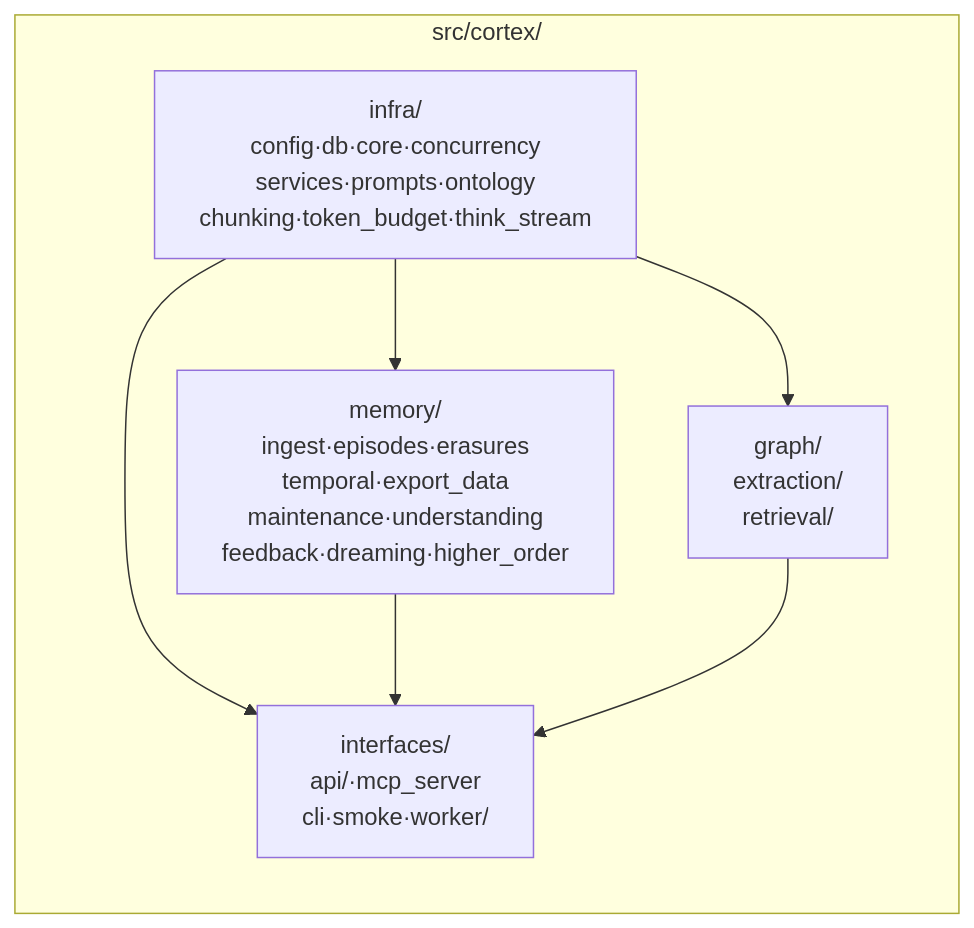
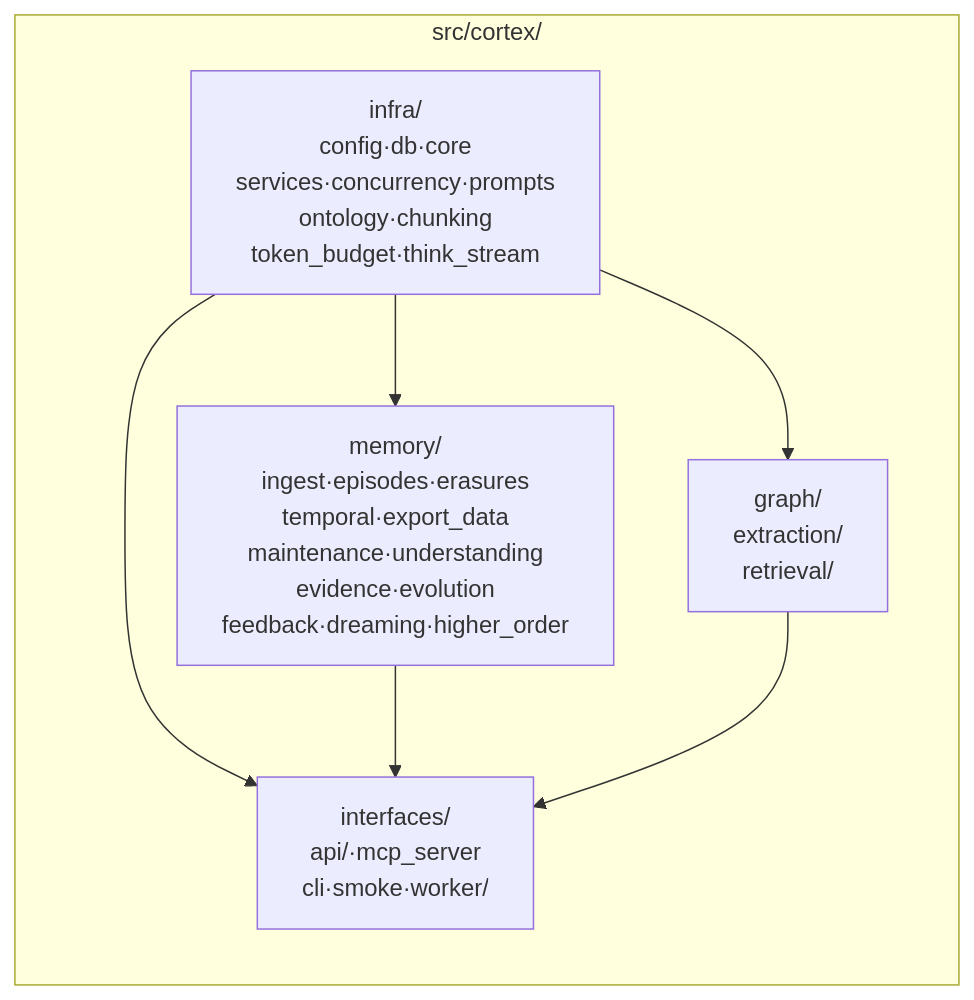
Before and after one commit to pty819/cortex-py-book: the fifth of 11 diagrams in source/chapters/23-architecture-diagrams.md, drawn with Mermaid. The commit also changed other lines of this file and 6 other files, not shown here.

````diff
--- a/source/chapters/23-architecture-diagrams.md
+++ b/source/chapters/23-architecture-diagrams.md
@@ -237,15 +242,15 @@
 ```{mermaid}
 graph LR
     subgraph src ["src/cortex/"]
-        INFRA["infra/<br/>config·db·core·concurrency<br/>services·prompts·ontology<br/>chunking·token_budget·think_stream"]
-        MEM["memory/<br/>ingest·episodes·erasures<br/>temporal·export_data<br/>maintenance·understanding<br/>feedback·dreaming·higher_order"]
+        INFRA["infra/<br/>config·db·core<br/>services·concurrency·prompts<br/>ontology·chunking<br/>token_budget·think_stream"]
+        MEM["memory/<br/>ingest·episodes·erasures<br/>temporal·export_data<br/>maintenance·understanding<br/>evidence·evolution<br/>feedback·dreaming·higher_order"]
         GRAPH["graph/<br/>extraction/<br/>retrieval/"]
         IF["interfaces/<br/>api/·mcp_server<br/>cli·smoke·worker/"]
     end
 
     INFRA --> MEM
     INFRA --> GRAPH
     INFRA --> IF
     MEM --> IF
     GRAPH --> IF
 ```
````
